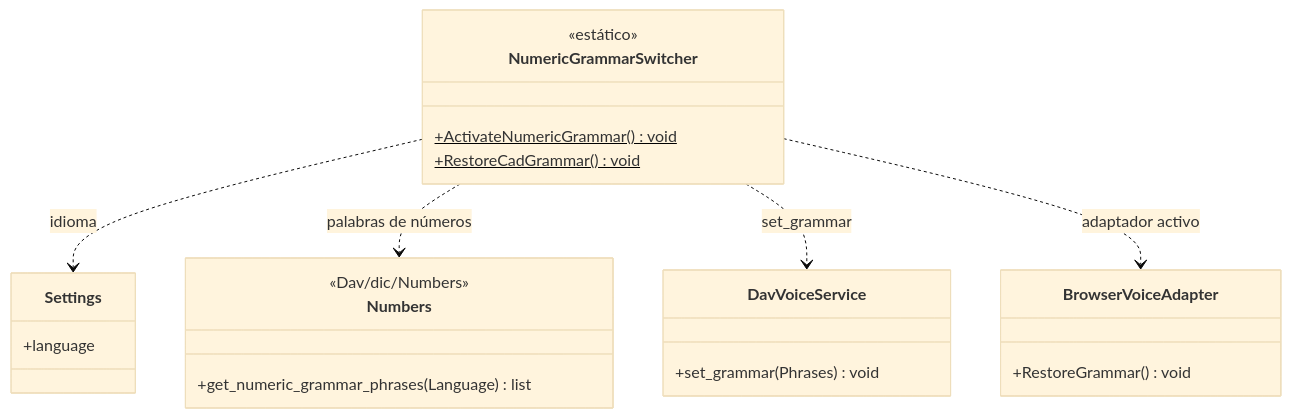
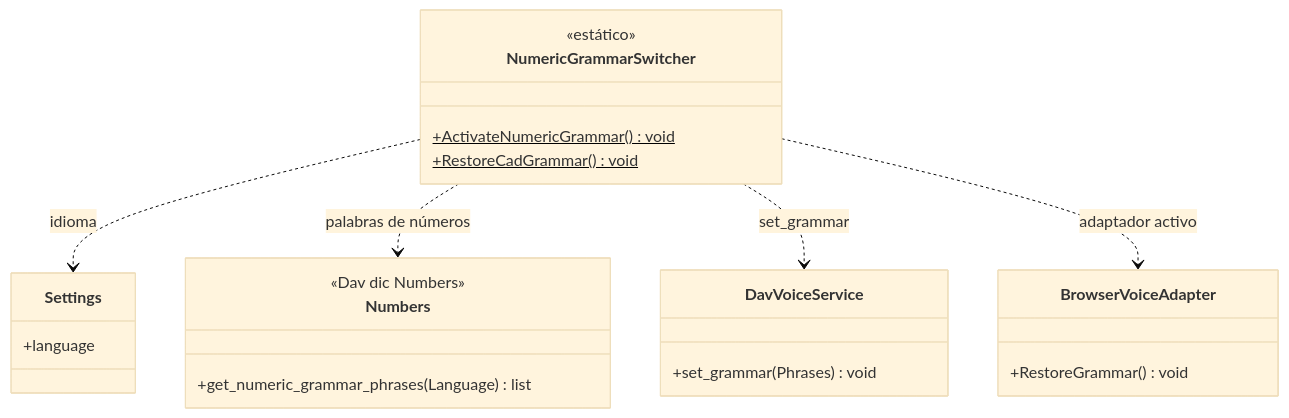
One commit to DAv-Project-Team-UADER/DAV changed the diagram in Dav/docs/diagramas/NumericGrammarSwitcher.md. Above: the diagram before and after it, drawn with Mermaid (base theme). The commit also changed 12 other files, not shown here.

First line of the commit message:
Docs: revamp dic/CONTEXT and fix diagrams

````diff
--- a/Dav/docs/diagramas/NumericGrammarSwitcher.md
+++ b/Dav/docs/diagramas/NumericGrammarSwitcher.md
@@ -10,30 +10,30 @@
 ```mermaid
 classDiagram
     class NumericGrammarSwitcher {
         <<estático>>
         +ActivateNumericGrammar()$ void
         +RestoreCadGrammar()$ void
     }
 
     class DavVoiceService {
         +set_grammar(Phrases) void
     }
 
     class Numbers {
-        <<Dav/dic/Numbers>>
+        <<Dav dic Numbers>>
         +get_numeric_grammar_phrases(Language) list
     }
 
     class BrowserVoiceAdapter {
         +RestoreGrammar() void
     }
 
     class Settings {
         +language
     }
 
     NumericGrammarSwitcher ..> Settings : idioma
     NumericGrammarSwitcher ..> Numbers : palabras de números
     NumericGrammarSwitcher ..> DavVoiceService : set_grammar
     NumericGrammarSwitcher ..> BrowserVoiceAdapter : adaptador activo
 ```
````
